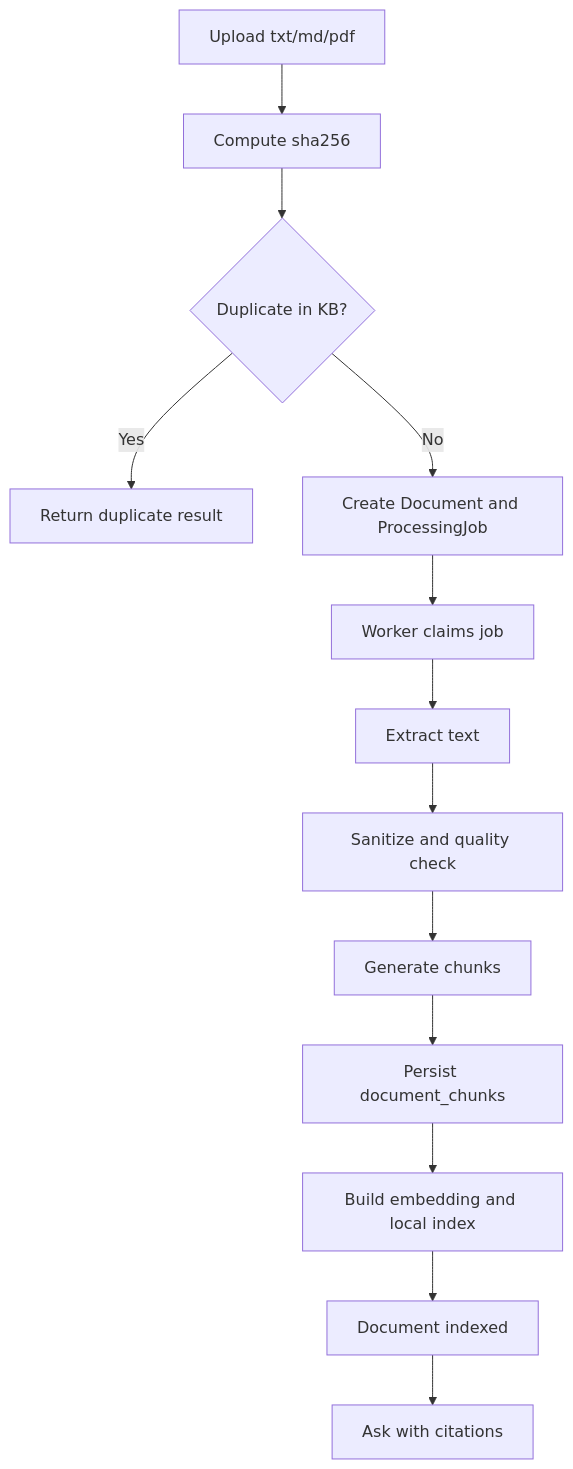
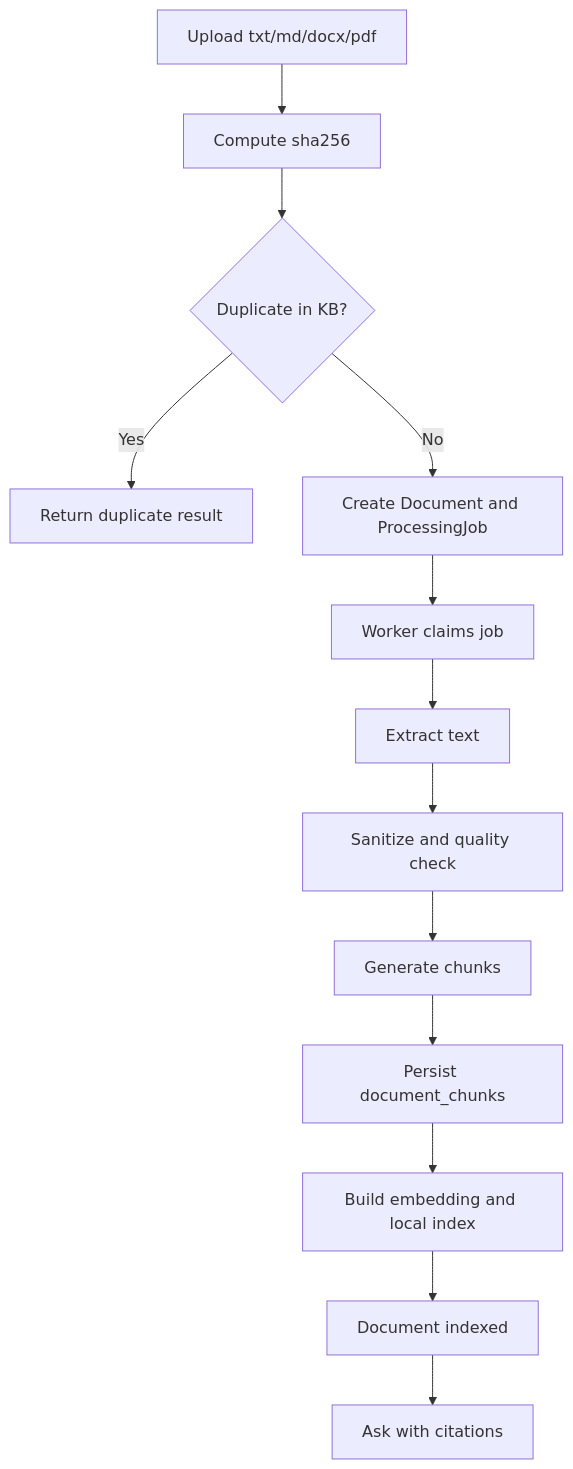
Before and after one commit to pmk915/purelink: the diagram in docs/processing-pipeline.md, drawn with Mermaid. The commit also changed other lines of this file and 21 other files, not shown here.

````diff
--- a/docs/processing-pipeline.md
+++ b/docs/processing-pipeline.md
@@ -73,15 +74,15 @@
 ```mermaid
 flowchart TD
-  A[Upload txt/md/pdf] --> B[Compute sha256]
+  A[Upload txt/md/docx/pdf] --> B[Compute sha256]
   B --> C{Duplicate in KB?}
   C -->|Yes| D[Return duplicate result]
   C -->|No| E[Create Document and ProcessingJob]
   E --> F[Worker claims job]
   F --> G[Extract text]
   G --> H[Sanitize and quality check]
   H --> I[Generate chunks]
   I --> J[Persist document_chunks]
   J --> K[Build embedding and local index]
   K --> L[Document indexed]
   L --> M[Ask with citations]
 ```
````
